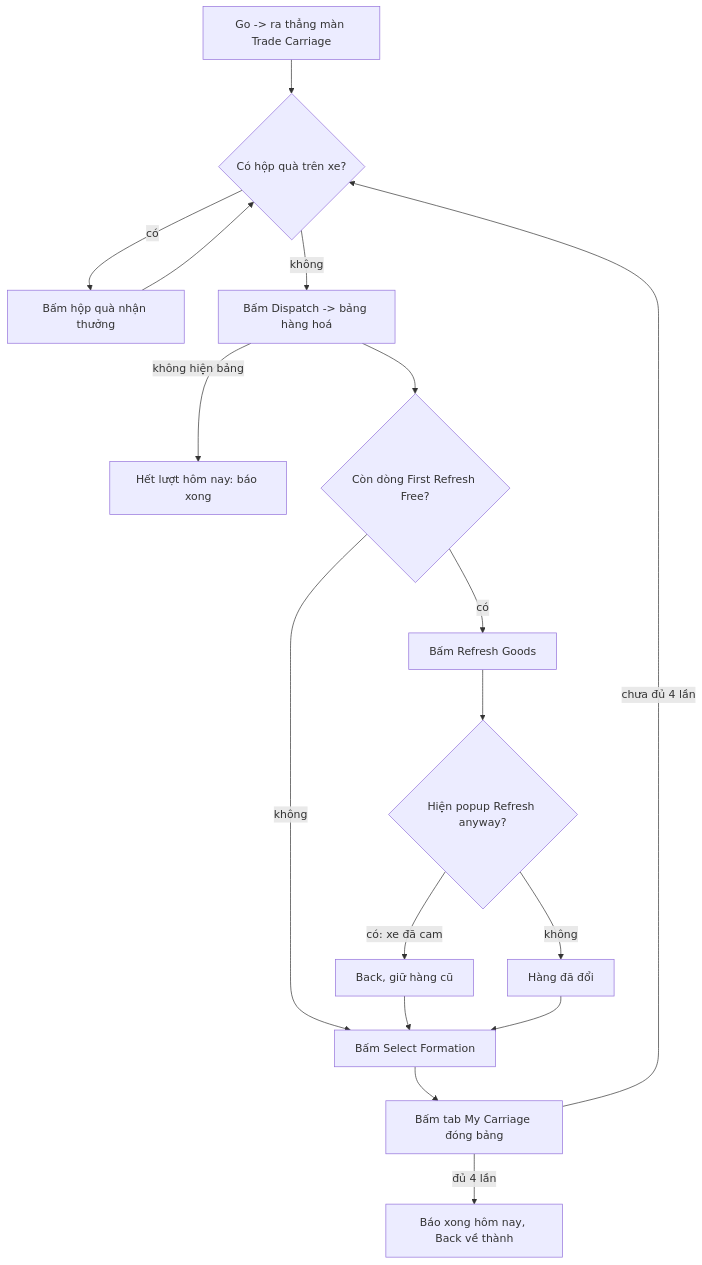
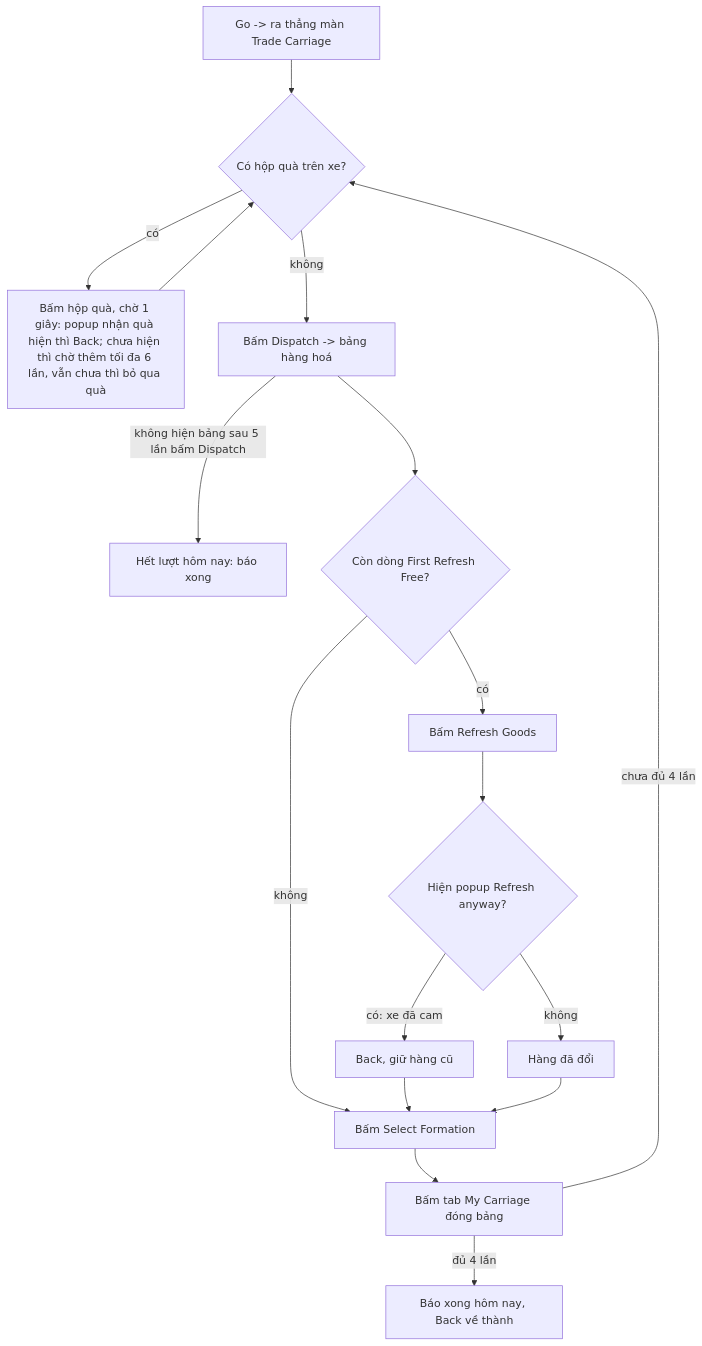
One commit to Hoangkz/EvonyBot changed the diagram in bot/activities/daily_activities/trade_carriage/FLOW.md. Above: the diagram before and after it, drawn with Mermaid. The commit also changed 118 other files, not shown here.

````diff
--- a/bot/activities/daily_activities/trade_carriage/FLOW.md
+++ b/bot/activities/daily_activities/trade_carriage/FLOW.md
@@ -7,18 +7,18 @@
 ```mermaid
 flowchart TD
     A[Go -> ra thẳng màn Trade Carriage] --> B{Có hộp quà trên xe?}
-    B -->|có| C[Bấm hộp quà nhận thưởng] --> B
+    B -->|có| C[Bấm hộp quà, chờ 1 giây: popup nhận quà hiện thì Back; chưa hiện thì chờ thêm tối đa 6 lần, vẫn chưa thì bỏ qua quà] --> B
     B -->|không| D[Bấm Dispatch -> bảng hàng hoá]
-    D -->|không hiện bảng| X[Hết lượt hôm nay: báo xong]
+    D -->|không hiện bảng sau 5 lần bấm Dispatch| X[Hết lượt hôm nay: báo xong]
     D --> E{Còn dòng First Refresh Free?}
     E -->|có| F[Bấm Refresh Goods]
     F --> G{Hiện popup Refresh anyway?}
     G -->|có: xe đã cam| H[Back, giữ hàng cũ]
     G -->|không| I[Hàng đã đổi]
     E -->|không| J
     H --> J[Bấm Select Formation]
     I --> J
     J --> K["Bấm tab My Carriage đóng bảng"]
     K -->|chưa đủ 4 lần| B
     K -->|đủ 4 lần| Z[Báo xong hôm nay, Back về thành]
 ```
````
